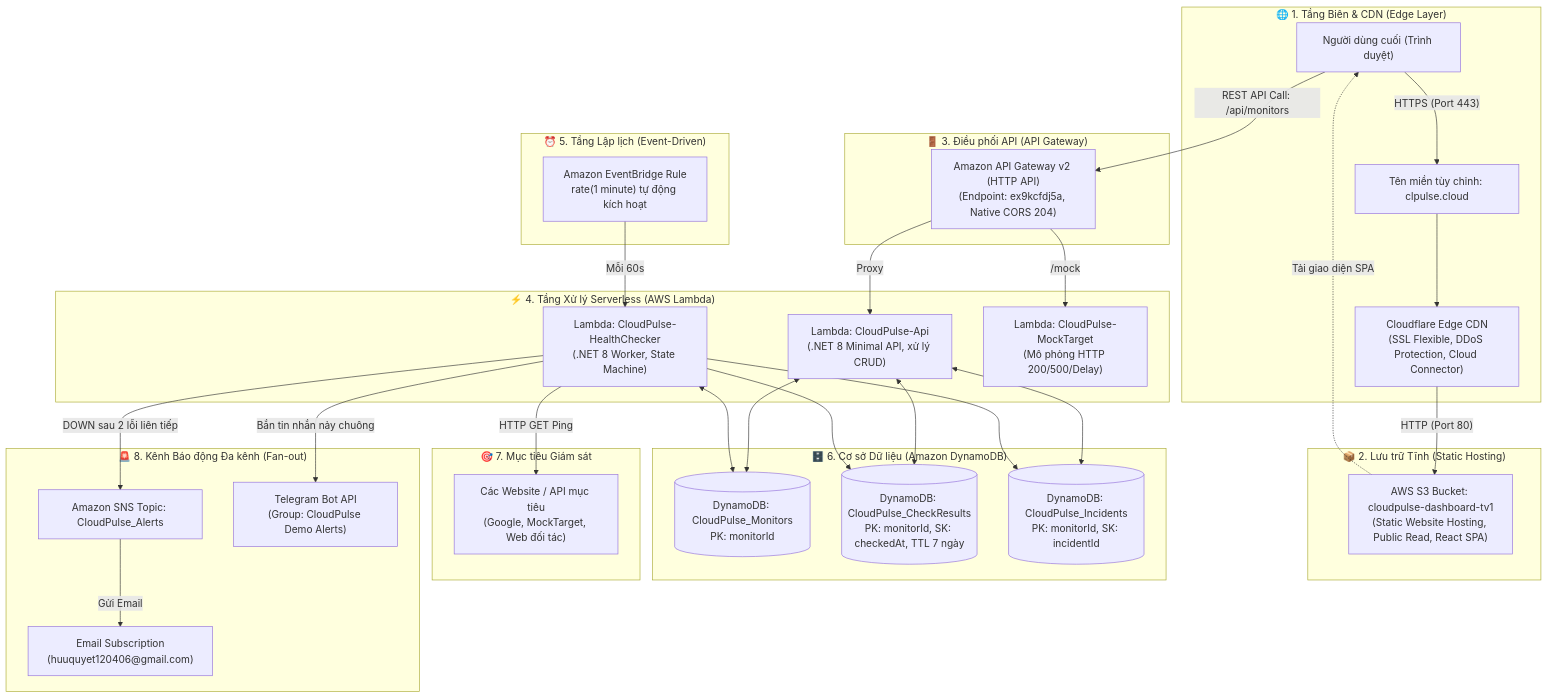
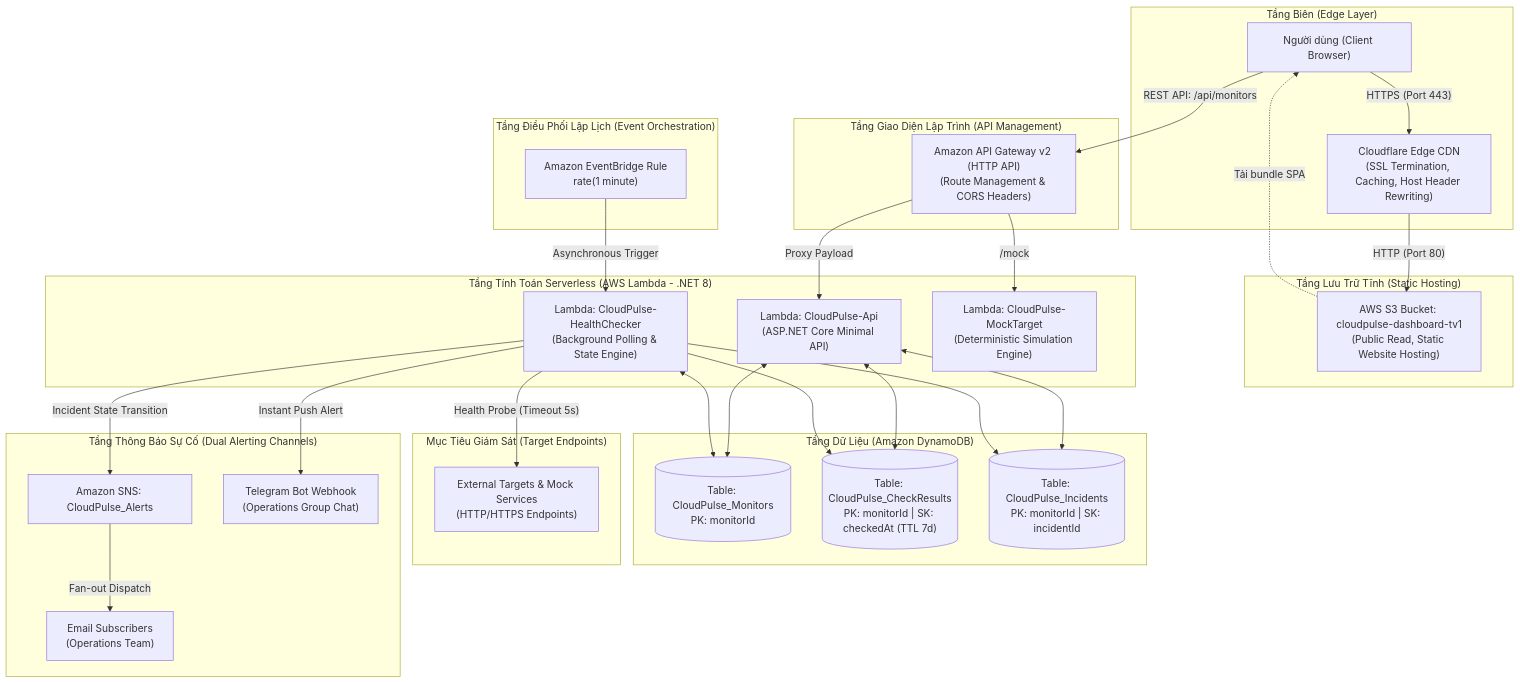
The diagram in README.md (TranHuuQuyet/CloudPulse), drawn with Mermaid before and after one commit. The commit also changed other lines of this file, not shown here.

````diff
--- a/README.md
+++ b/README.md
@@ -43,60 +32,60 @@
 ```mermaid
 flowchart TD
-    subgraph Edge ["🌐 1. Tầng Biên & CDN (Edge Layer)"]
-        User["Người dùng cuối (Trình duyệt)"]
-        Domain["Tên miền tùy chỉnh: clpulse.cloud"]
-        Cloudflare["Cloudflare Edge CDN\n(SSL Flexible, DDoS Protection, Cloud Connector)"]
-        User -->|"HTTPS (Port 443)"| Domain
-        Domain --> Cloudflare
+    subgraph Edge ["Tầng Biên (Edge Layer)"]
+        User["Người dùng (Client Browser)"]
+        Cloudflare["Cloudflare Edge CDN\n(SSL Termination, Caching, Host Header Rewriting)"]
+        User -->|"HTTPS (Port 443)"| Cloudflare
     end
 
-    subgraph Storage ["📦 2. Lưu trữ Tĩnh (Static Hosting)"]
-        S3["AWS S3 Bucket: cloudpulse-dashboard-tv1\n(Static Website Hosting, Public Read, React SPA)"]
+    subgraph Storage ["Tầng Lưu Trữ Tĩnh (Static Hosting)"]
+        S3["AWS S3 Bucket: cloudpulse-dashboard-tv1\n(Public Read, Static Website Hosting)"]
         Cloudflare -->|"HTTP (Port 80)"| S3
-        S3 -.->|"Tải giao diện SPA"| User
+        S3 -.->|"Tải bundle SPA"| User
     end
 
-    subgraph Gateway ["🚪 3. Điều phối API (API Gateway)"]
-        HttpApi["Amazon API Gateway v2 (HTTP API)\n(Endpoint: ex9kcfdj5a, Native CORS 204)"]
-        User -->|"REST API Call: /api/monitors"| HttpApi
+    subgraph Gateway ["Tầng Giao Diện Lập Trình (API Management)"]
+        ApiGw["Amazon API Gateway v2 (HTTP API)\n(Route Management & CORS Headers)"]
+        User -->|"REST API: /api/monitors"| ApiGw
     end
 
-    subgraph Compute ["⚡ 4. Tầng Xử lý Serverless (AWS Lambda)"]
-        ApiLambda["Lambda: CloudPulse-Api\n(.NET 8 Minimal API, xử lý CRUD)"]
-        HealthLambda["Lambda: CloudPulse-HealthChecker\n(.NET 8 Worker, State Machine)"]
-        MockLambda["Lambda: CloudPulse-MockTarget\n(Mô phỏng HTTP 200/500/Delay)"]
-        HttpApi -->|"Proxy"| ApiLambda
-        HttpApi -->|"/mock"| MockLambda
+    subgraph Compute ["Tầng Tính Toán Serverless (AWS Lambda - .NET 8)"]
+        ApiLambda["Lambda: CloudPulse-Api\n(ASP.NET Core Minimal API)"]
+        HealthLambda["Lambda: CloudPulse-HealthChecker\n(Background Polling & State Engine)"]
+        MockLambda["Lambda: CloudPulse-MockTarget\n(Deterministic Simulation Engine)"]
+        ApiGw -->|"Proxy Payload"| ApiLambda
+        ApiGw -->|"/mock"| MockLambda
     end
 
-    subgraph Scheduler ["⏰ 5. Tầng Lập lịch (Event-Driven)"]
-        EventBridge["Amazon EventBridge Rule\nrate(1 minute) tự động kích hoạt"]
-        EventBridge -->|"Mỗi 60s"| HealthLambda
+    subgraph Scheduler ["Tầng Điều Phối Lập Lịch (Event Orchestration)"]
+        EventBridge["Amazon EventBridge Rule\nrate(1 minute)"]
+        EventBridge -->|"Asynchronous Trigger"| HealthLambda
     end
 
-    subgraph Database ["🗄️ 6. Cơ sở Dữ liệu (Amazon DynamoDB)"]
-        TableMonitors[("DynamoDB: CloudPulse_Monitors\nPK: monitorId")]
-        TableChecks[("DynamoDB: CloudPulse_CheckResults\nPK: monitorId, SK: checkedAt, TTL 7 ngày")]
-        TableIncidents[("DynamoDB: CloudPulse_Incidents\nPK: monitorId, SK: incidentId")]
-        ApiLambda <--> TableMonitors
-        ApiLambda <--> TableChecks
-        ApiLambda <--> TableIncidents
-        HealthLambda <--> TableMonitors
-        HealthLambda --> TableChecks
-        HealthLambda --> TableIncidents
+    subgraph Database ["Tầng Dữ Liệu (Amazon DynamoDB)"]
+        TblMonitors[("Table: CloudPulse_Monitors\nPK: monitorId")]
+        TblChecks[("Table: CloudPulse_CheckResults\nPK: monitorId | SK: checkedAt (TTL 7d)")]
+        TblIncidents[("Table: CloudPulse_Incidents\nPK: monitorId | SK: incidentId")]
+        
+        ApiLambda <--> TblMonitors
+        ApiLambda <--> TblChecks
+        ApiLambda <--> TblIncidents
+        HealthLambda <--> TblMonitors
+        HealthLambda --> TblChecks
+        HealthLambda --> TblIncidents
     end
 
-    subgraph Targets ["🎯 7. Mục tiêu Giám sát"]
-        TargetWebsites["Các Website / API mục tiêu\n(Google, MockTarget, Web đối tác)"]
-        HealthLambda -->|"HTTP GET Ping"| TargetWebsites
+    subgraph External ["Mục Tiêu Giám Sát (Target Endpoints)"]
+        Targets["External Targets & Mock Services\n(HTTP/HTTPS Endpoints)"]
+        HealthLambda -->|"Health Probe (Timeout 5s)"| Targets
     end
 
-    subgraph Alerts ["🚨 8. Kênh Báo động Đa kênh (Fan-out)"]
-        SnsTopic["Amazon SNS Topic: CloudPulse_Alerts"]
-        EmailSub["Email Subscription\n(huuquyet120406@gmail.com)"]
-        TelegramBot["Telegram Bot API\n(Group: CloudPulse Demo Alerts)"]
-        HealthLambda -->|"DOWN sau 2 lỗi liên tiếp"| SnsTopic
-        HealthLambda -->|"Bắn tin nhắn nảy chuông"| TelegramBot
-        SnsTopic -->|"Gửi Email"| EmailSub
+    subgraph Notification ["Tầng Thông Báo Sự Cố (Dual Alerting Channels)"]
+        SnsTopic["Amazon SNS: CloudPulse_Alerts"]
+        EmailList["Email Subscribers\n(Operations Team)"]
+        Telegram["Telegram Bot Webhook\n(Operations Group Chat)"]
+        
+        HealthLambda -->|"Incident State Transition"| SnsTopic
+        HealthLambda -->|"Instant Push Alert"| Telegram
+        SnsTopic -->|"Fan-out Dispatch"| EmailList
     end
 ```
````
